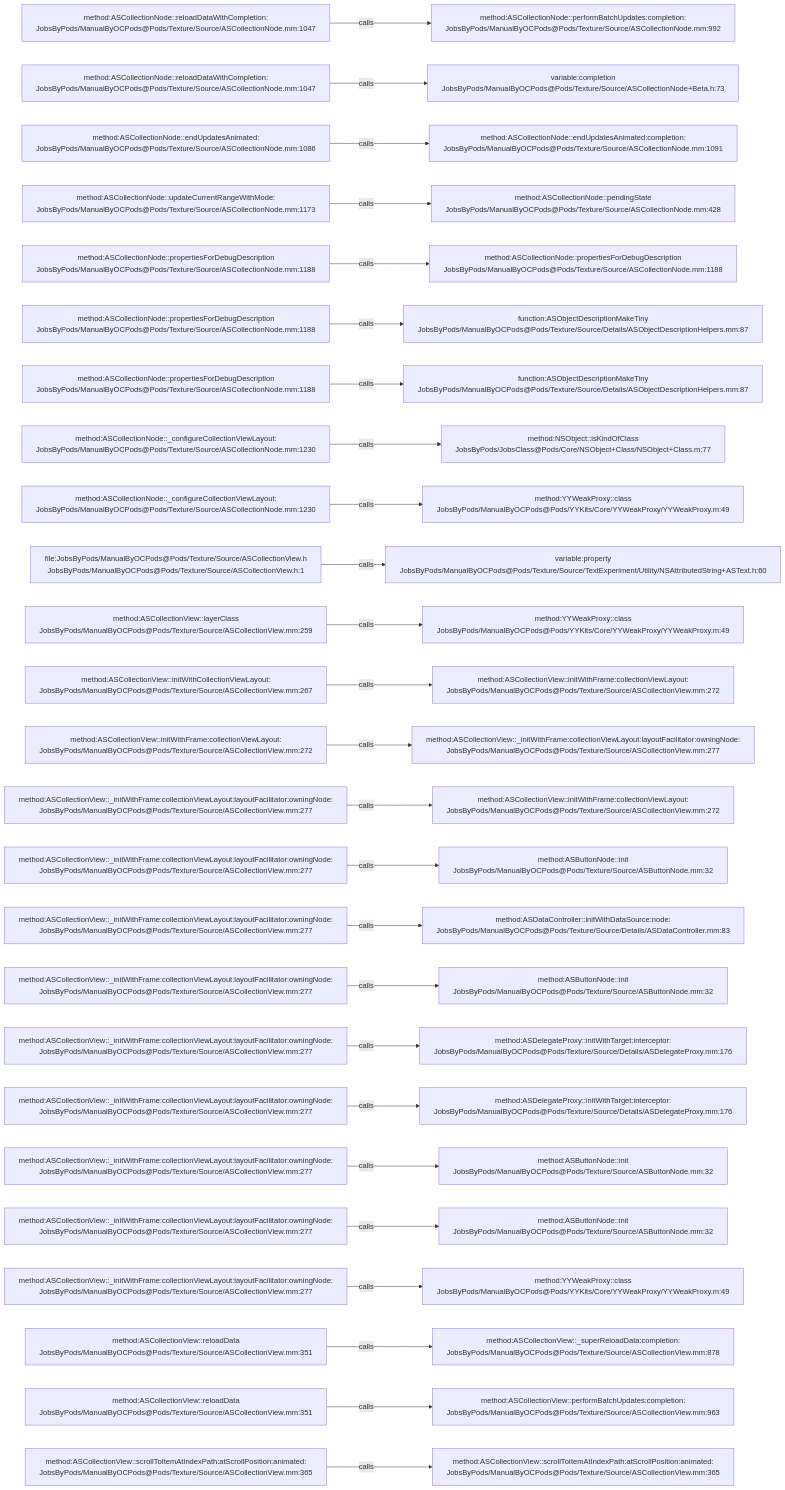
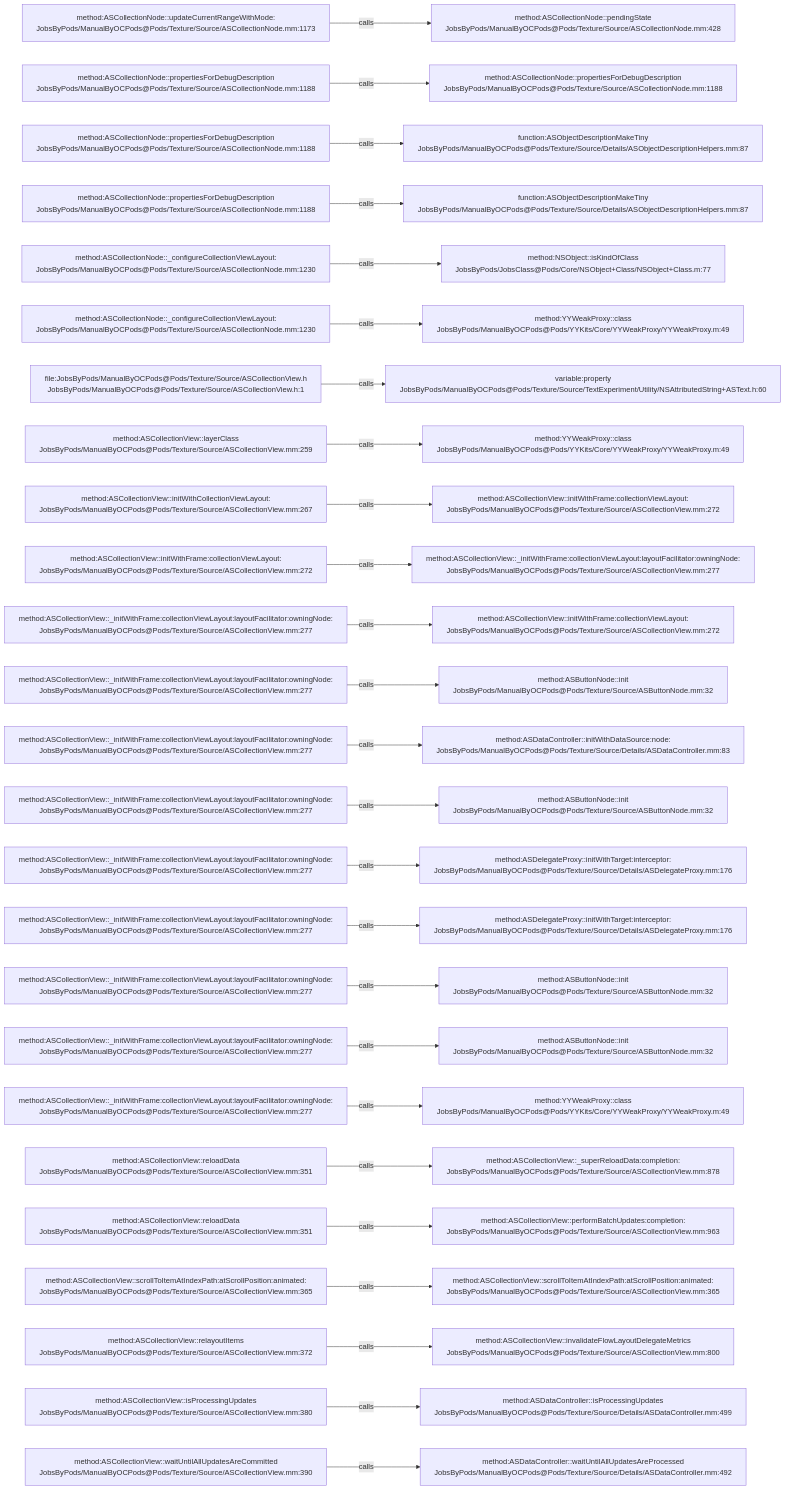
The diagram in .codegraph/codegraph.md/graphs/calls-081.md (JobsKits/JobsOCBaseConfigDemo), drawn with Mermaid before and after one commit. The commit also changed 342 other files, not shown here.

````diff
--- a/.codegraph/codegraph.md/graphs/calls-081.md
+++ b/.codegraph/codegraph.md/graphs/calls-081.md
@@ -13,78 +13,78 @@
 ```mermaid
 flowchart LR
-  S1["method:ASCollectionNode::reloadDataWithCompletion:<br/>JobsByPods/ManualByOCPods@Pods/Texture/Source/ASCollectionNode.mm:1047"]
-  T1["method:ASCollectionNode::performBatchUpdates:completion:<br/>JobsByPods/ManualByOCPods@Pods/Texture/Source/ASCollectionNode.mm:992"]
+  S1["method:ASCollectionNode::updateCurrentRangeWithMode:<br/>JobsByPods/ManualByOCPods@Pods/Texture/Source/ASCollectionNode.mm:1173"]
+  T1["method:ASCollectionNode::pendingState<br/>JobsByPods/ManualByOCPods@Pods/Texture/Source/ASCollectionNode.mm:428"]
   S1 -->|calls| T1
-  S2["method:ASCollectionNode::reloadDataWithCompletion:<br/>JobsByPods/ManualByOCPods@Pods/Texture/Source/ASCollectionNode.mm:1047"]
-  T2["variable:completion<br/>JobsByPods/ManualByOCPods@Pods/Texture/Source/ASCollectionNode+Beta.h:73"]
+  S2["method:ASCollectionNode::propertiesForDebugDescription<br/>JobsByPods/ManualByOCPods@Pods/Texture/Source/ASCollectionNode.mm:1188"]
+  T2["method:ASCollectionNode::propertiesForDebugDescription<br/>JobsByPods/ManualByOCPods@Pods/Texture/Source/ASCollectionNode.mm:1188"]
   S2 -->|calls| T2
-  S3["method:ASCollectionNode::endUpdatesAnimated:<br/>JobsByPods/ManualByOCPods@Pods/Texture/Source/ASCollectionNode.mm:1086"]
-  T3["method:ASCollectionNode::endUpdatesAnimated:completion:<br/>JobsByPods/ManualByOCPods@Pods/Texture/Source/ASCollectionNode.mm:1091"]
+  S3["method:ASCollectionNode::propertiesForDebugDescription<br/>JobsByPods/ManualByOCPods@Pods/Texture/Source/ASCollectionNode.mm:1188"]
+  T3["function:ASObjectDescriptionMakeTiny<br/>JobsByPods/ManualByOCPods@Pods/Texture/Source/Details/ASObjectDescriptionHelpers.mm:87"]
   S3 -->|calls| T3
-  S4["method:ASCollectionNode::updateCurrentRangeWithMode:<br/>JobsByPods/ManualByOCPods@Pods/Texture/Source/ASCollectionNode.mm:1173"]
-  T4["method:ASCollectionNode::pendingState<br/>JobsByPods/ManualByOCPods@Pods/Texture/Source/ASCollectionNode.mm:428"]
+  S4["method:ASCollectionNode::propertiesForDebugDescription<br/>JobsByPods/ManualByOCPods@Pods/Texture/Source/ASCollectionNode.mm:1188"]
+  T4["function:ASObjectDescriptionMakeTiny<br/>JobsByPods/ManualByOCPods@Pods/Texture/Source/Details/ASObjectDescriptionHelpers.mm:87"]
   S4 -->|calls| T4
-  S5["method:ASCollectionNode::propertiesForDebugDescription<br/>JobsByPods/ManualByOCPods@Pods/Texture/Source/ASCollectionNode.mm:1188"]
-  T5["method:ASCollectionNode::propertiesForDebugDescription<br/>JobsByPods/ManualByOCPods@Pods/Texture/Source/ASCollectionNode.mm:1188"]
+  S5["method:ASCollectionNode::_configureCollectionViewLayout:<br/>JobsByPods/ManualByOCPods@Pods/Texture/Source/ASCollectionNode.mm:1230"]
+  T5["method:NSObject::isKindOfClass<br/>JobsByPods/JobsClass@Pods/Core/NSObject+Class/NSObject+Class.m:77"]
   S5 -->|calls| T5
-  S6["method:ASCollectionNode::propertiesForDebugDescription<br/>JobsByPods/ManualByOCPods@Pods/Texture/Source/ASCollectionNode.mm:1188"]
-  T6["function:ASObjectDescriptionMakeTiny<br/>JobsByPods/ManualByOCPods@Pods/Texture/Source/Details/ASObjectDescriptionHelpers.mm:87"]
+  S6["method:ASCollectionNode::_configureCollectionViewLayout:<br/>JobsByPods/ManualByOCPods@Pods/Texture/Source/ASCollectionNode.mm:1230"]
+  T6["method:YYWeakProxy::class<br/>JobsByPods/ManualByOCPods@Pods/YYKits/Core/YYWeakProxy/YYWeakProxy.m:49"]
   S6 -->|calls| T6
-  S7["method:ASCollectionNode::propertiesForDebugDescription<br/>JobsByPods/ManualByOCPods@Pods/Texture/Source/ASCollectionNode.mm:1188"]
-  T7["function:ASObjectDescriptionMakeTiny<br/>JobsByPods/ManualByOCPods@Pods/Texture/Source/Details/ASObjectDescriptionHelpers.mm:87"]
+  S7["file:JobsByPods/ManualByOCPods@Pods/Texture/Source/ASCollectionView.h<br/>JobsByPods/ManualByOCPods@Pods/Texture/Source/ASCollectionView.h:1"]
+  T7["variable:property<br/>JobsByPods/ManualByOCPods@Pods/Texture/Source/TextExperiment/Utility/NSAttributedString+ASText.h:60"]
   S7 -->|calls| T7
-  S8["method:ASCollectionNode::_configureCollectionViewLayout:<br/>JobsByPods/ManualByOCPods@Pods/Texture/Source/ASCollectionNode.mm:1230"]
-  T8["method:NSObject::isKindOfClass<br/>JobsByPods/JobsClass@Pods/Core/NSObject+Class/NSObject+Class.m:77"]
+  S8["method:ASCollectionView::layerClass<br/>JobsByPods/ManualByOCPods@Pods/Texture/Source/ASCollectionView.mm:259"]
+  T8["method:YYWeakProxy::class<br/>JobsByPods/ManualByOCPods@Pods/YYKits/Core/YYWeakProxy/YYWeakProxy.m:49"]
   S8 -->|calls| T8
-  S9["method:ASCollectionNode::_configureCollectionViewLayout:<br/>JobsByPods/ManualByOCPods@Pods/Texture/Source/ASCollectionNode.mm:1230"]
-  T9["method:YYWeakProxy::class<br/>JobsByPods/ManualByOCPods@Pods/YYKits/Core/YYWeakProxy/YYWeakProxy.m:49"]
+  S9["method:ASCollectionView::initWithCollectionViewLayout:<br/>JobsByPods/ManualByOCPods@Pods/Texture/Source/ASCollectionView.mm:267"]
+  T9["method:ASCollectionView::initWithFrame:collectionViewLayout:<br/>JobsByPods/ManualByOCPods@Pods/Texture/Source/ASCollectionView.mm:272"]
   S9 -->|calls| T9
-  S10["file:JobsByPods/ManualByOCPods@Pods/Texture/Source/ASCollectionView.h<br/>JobsByPods/ManualByOCPods@Pods/Texture/Source/ASCollectionView.h:1"]
-  T10["variable:property<br/>JobsByPods/ManualByOCPods@Pods/Texture/Source/TextExperiment/Utility/NSAttributedString+ASText.h:60"]
+  S10["method:ASCollectionView::initWithFrame:collectionViewLayout:<br/>JobsByPods/ManualByOCPods@Pods/Texture/Source/ASCollectionView.mm:272"]
+  T10["method:ASCollectionView::_initWithFrame:collectionViewLayout:layoutFacilitator:owningNode:<br/>JobsByPods/ManualByOCPods@Pods/Texture/Source/ASCollectionView.mm:277"]
   S10 -->|calls| T10
-  S11["method:ASCollectionView::layerClass<br/>JobsByPods/ManualByOCPods@Pods/Texture/Source/ASCollectionView.mm:259"]
-  T11["method:YYWeakProxy::class<br/>JobsByPods/ManualByOCPods@Pods/YYKits/Core/YYWeakProxy/YYWeakProxy.m:49"]
+  S11["method:ASCollectionView::_initWithFrame:collectionViewLayout:layoutFacilitator:owningNode:<br/>JobsByPods/ManualByOCPods@Pods/Texture/Source/ASCollectionView.mm:277"]
+  T11["method:ASCollectionView::initWithFrame:collectionViewLayout:<br/>JobsByPods/ManualByOCPods@Pods/Texture/Source/ASCollectionView.mm:272"]
   S11 -->|calls| T11
-  S12["method:ASCollectionView::initWithCollectionViewLayout:<br/>JobsByPods/ManualByOCPods@Pods/Texture/Source/ASCollectionView.mm:267"]
-  T12["method:ASCollectionView::initWithFrame:collectionViewLayout:<br/>JobsByPods/ManualByOCPods@Pods/Texture/Source/ASCollectionView.mm:272"]
+  S12["method:ASCollectionView::_initWithFrame:collectionViewLayout:layoutFacilitator:owningNode:<br/>JobsByPods/ManualByOCPods@Pods/Texture/Source/ASCollectionView.mm:277"]
+  T12["method:ASButtonNode::init<br/>JobsByPods/ManualByOCPods@Pods/Texture/Source/ASButtonNode.mm:32"]
   S12 -->|calls| T12
-  S13["method:ASCollectionView::initWithFrame:collectionViewLayout:<br/>JobsByPods/ManualByOCPods@Pods/Texture/Source/ASCollectionView.mm:272"]
-  T13["method:ASCollectionView::_initWithFrame:collectionViewLayout:layoutFacilitator:owningNode:<br/>JobsByPods/ManualByOCPods@Pods/Texture/Source/ASCollectionView.mm:277"]
+  S13["method:ASCollectionView::_initWithFrame:collectionViewLayout:layoutFacilitator:owningNode:<br/>JobsByPods/ManualByOCPods@Pods/Texture/Source/ASCollectionView.mm:277"]
+  T13["method:ASDataController::initWithDataSource:node:<br/>JobsByPods/ManualByOCPods@Pods/Texture/Source/Details/ASDataController.mm:83"]
   S13 -->|calls| T13
   S14["method:ASCollectionView::_initWithFrame:collectionViewLayout:layoutFacilitator:owningNode:<br/>JobsByPods/ManualByOCPods@Pods/Texture/Source/ASCollectionView.mm:277"]
-  T14["method:ASCollectionView::initWithFrame:collectionViewLayout:<br/>JobsByPods/ManualByOCPods@Pods/Texture/Source/ASCollectionView.mm:272"]
+  T14["method:ASButtonNode::init<br/>JobsByPods/ManualByOCPods@Pods/Texture/Source/ASButtonNode.mm:32"]
   S14 -->|calls| T14
   S15["method:ASCollectionView::_initWithFrame:collectionViewLayout:layoutFacilitator:owningNode:<br/>JobsByPods/ManualByOCPods@Pods/Texture/Source/ASCollectionView.mm:277"]
-  T15["method:ASButtonNode::init<br/>JobsByPods/ManualByOCPods@Pods/Texture/Source/ASButtonNode.mm:32"]
+  T15["method:ASDelegateProxy::initWithTarget:interceptor:<br/>JobsByPods/ManualByOCPods@Pods/Texture/Source/Details/ASDelegateProxy.mm:176"]
   S15 -->|calls| T15
   S16["method:ASCollectionView::_initWithFrame:collectionViewLayout:layoutFacilitator:owningNode:<br/>JobsByPods/ManualByOCPods@Pods/Texture/Source/ASCollectionView.mm:277"]
-  T16["method:ASDataController::initWithDataSource:node:<br/>JobsByPods/ManualByOCPods@Pods/Texture/Source/Details/ASDataController.mm:83"]
+  T16["method:ASDelegateProxy::initWithTarget:interceptor:<br/>JobsByPods/ManualByOCPods@Pods/Texture/Source/Details/ASDelegateProxy.mm:176"]
   S16 -->|calls| T16
   S17["method:ASCollectionView::_initWithFrame:collectionViewLayout:layoutFacilitator:owningNode:<br/>JobsByPods/ManualByOCPods@Pods/Texture/Source/ASCollectionView.mm:277"]
   T17["method:ASButtonNode::init<br/>JobsByPods/ManualByOCPods@Pods/Texture/Source/ASButtonNode.mm:32"]
   S17 -->|calls| T17
   S18["method:ASCollectionView::_initWithFrame:collectionViewLayout:layoutFacilitator:owningNode:<br/>JobsByPods/ManualByOCPods@Pods/Texture/Source/ASCollectionView.mm:277"]
-  T18["method:ASDelegateProxy::initWithTarget:interceptor:<br/>JobsByPods/ManualByOCPods@Pods/Texture/Source/Details/ASDelegateProxy.mm:176"]
+  T18["method:ASButtonNode::init<br/>JobsByPods/ManualByOCPods@Pods/Texture/Source/ASButtonNode.mm:32"]
   S18 -->|calls| T18
   S19["method:ASCollectionView::_initWithFrame:collectionViewLayout:layoutFacilitator:owningNode:<br/>JobsByPods/ManualByOCPods@Pods/Texture/Source/ASCollectionView.mm:277"]
-  T19["method:ASDelegateProxy::initWithTarget:interceptor:<br/>JobsByPods/ManualByOCPods@Pods/Texture/Source/Details/ASDelegateProxy.mm:176"]
+  T19["method:YYWeakProxy::class<br/>JobsByPods/ManualByOCPods@Pods/YYKits/Core/YYWeakProxy/YYWeakProxy.m:49"]
   S19 -->|calls| T19
-  S20["method:ASCollectionView::_initWithFrame:collectionViewLayout:layoutFacilitator:owningNode:<br/>JobsByPods/ManualByOCPods@Pods/Texture/Source/ASCollectionView.mm:277"]
-  T20["method:ASButtonNode::init<br/>JobsByPods/ManualByOCPods@Pods/Texture/Source/ASButtonNode.mm:32"]
+  S20["method:ASCollectionView::reloadData<br/>JobsByPods/ManualByOCPods@Pods/Texture/Source/ASCollectionView.mm:351"]
+  T20["method:ASCollectionView::_superReloadData:completion:<br/>JobsByPods/ManualByOCPods@Pods/Texture/Source/ASCollectionView.mm:878"]
   S20 -->|calls| T20
-  S21["method:ASCollectionView::_initWithFrame:collectionViewLayout:layoutFacilitator:owningNode:<br/>JobsByPods/ManualByOCPods@Pods/Texture/Source/ASCollectionView.mm:277"]
-  T21["method:ASButtonNode::init<br/>JobsByPods/ManualByOCPods@Pods/Texture/Source/ASButtonNode.mm:32"]
+  S21["method:ASCollectionView::reloadData<br/>JobsByPods/ManualByOCPods@Pods/Texture/Source/ASCollectionView.mm:351"]
+  T21["method:ASCollectionView::performBatchUpdates:completion:<br/>JobsByPods/ManualByOCPods@Pods/Texture/Source/ASCollectionView.mm:963"]
   S21 -->|calls| T21
-  S22["method:ASCollectionView::_initWithFrame:collectionViewLayout:layoutFacilitator:owningNode:<br/>JobsByPods/ManualByOCPods@Pods/Texture/Source/ASCollectionView.mm:277"]
-  T22["method:YYWeakProxy::class<br/>JobsByPods/ManualByOCPods@Pods/YYKits/Core/YYWeakProxy/YYWeakProxy.m:49"]
+  S22["method:ASCollectionView::scrollToItemAtIndexPath:atScrollPosition:animated:<br/>JobsByPods/ManualByOCPods@Pods/Texture/Source/ASCollectionView.mm:365"]
+  T22["method:ASCollectionView::scrollToItemAtIndexPath:atScrollPosition:animated:<br/>JobsByPods/ManualByOCPods@Pods/Texture/Source/ASCollectionView.mm:365"]
   S22 -->|calls| T22
-  S23["method:ASCollectionView::reloadData<br/>JobsByPods/ManualByOCPods@Pods/Texture/Source/ASCollectionView.mm:351"]
-  T23["method:ASCollectionView::_superReloadData:completion:<br/>JobsByPods/ManualByOCPods@Pods/Texture/Source/ASCollectionView.mm:878"]
+  S23["method:ASCollectionView::relayoutItems<br/>JobsByPods/ManualByOCPods@Pods/Texture/Source/ASCollectionView.mm:372"]
+  T23["method:ASCollectionView::invalidateFlowLayoutDelegateMetrics<br/>JobsByPods/ManualByOCPods@Pods/Texture/Source/ASCollectionView.mm:800"]
   S23 -->|calls| T23
-  S24["method:ASCollectionView::reloadData<br/>JobsByPods/ManualByOCPods@Pods/Texture/Source/ASCollectionView.mm:351"]
-  T24["method:ASCollectionView::performBatchUpdates:completion:<br/>JobsByPods/ManualByOCPods@Pods/Texture/Source/ASCollectionView.mm:963"]
+  S24["method:ASCollectionView::isProcessingUpdates<br/>JobsByPods/ManualByOCPods@Pods/Texture/Source/ASCollectionView.mm:380"]
+  T24["method:ASDataController::isProcessingUpdates<br/>JobsByPods/ManualByOCPods@Pods/Texture/Source/Details/ASDataController.mm:499"]
   S24 -->|calls| T24
-  S25["method:ASCollectionView::scrollToItemAtIndexPath:atScrollPosition:animated:<br/>JobsByPods/ManualByOCPods@Pods/Texture/Source/ASCollectionView.mm:365"]
-  T25["method:ASCollectionView::scrollToItemAtIndexPath:atScrollPosition:animated:<br/>JobsByPods/ManualByOCPods@Pods/Texture/Source/ASCollectionView.mm:365"]
+  S25["method:ASCollectionView::waitUntilAllUpdatesAreCommitted<br/>JobsByPods/ManualByOCPods@Pods/Texture/Source/ASCollectionView.mm:390"]
+  T25["method:ASDataController::waitUntilAllUpdatesAreProcessed<br/>JobsByPods/ManualByOCPods@Pods/Texture/Source/Details/ASDataController.mm:492"]
   S25 -->|calls| T25
 ```
````
